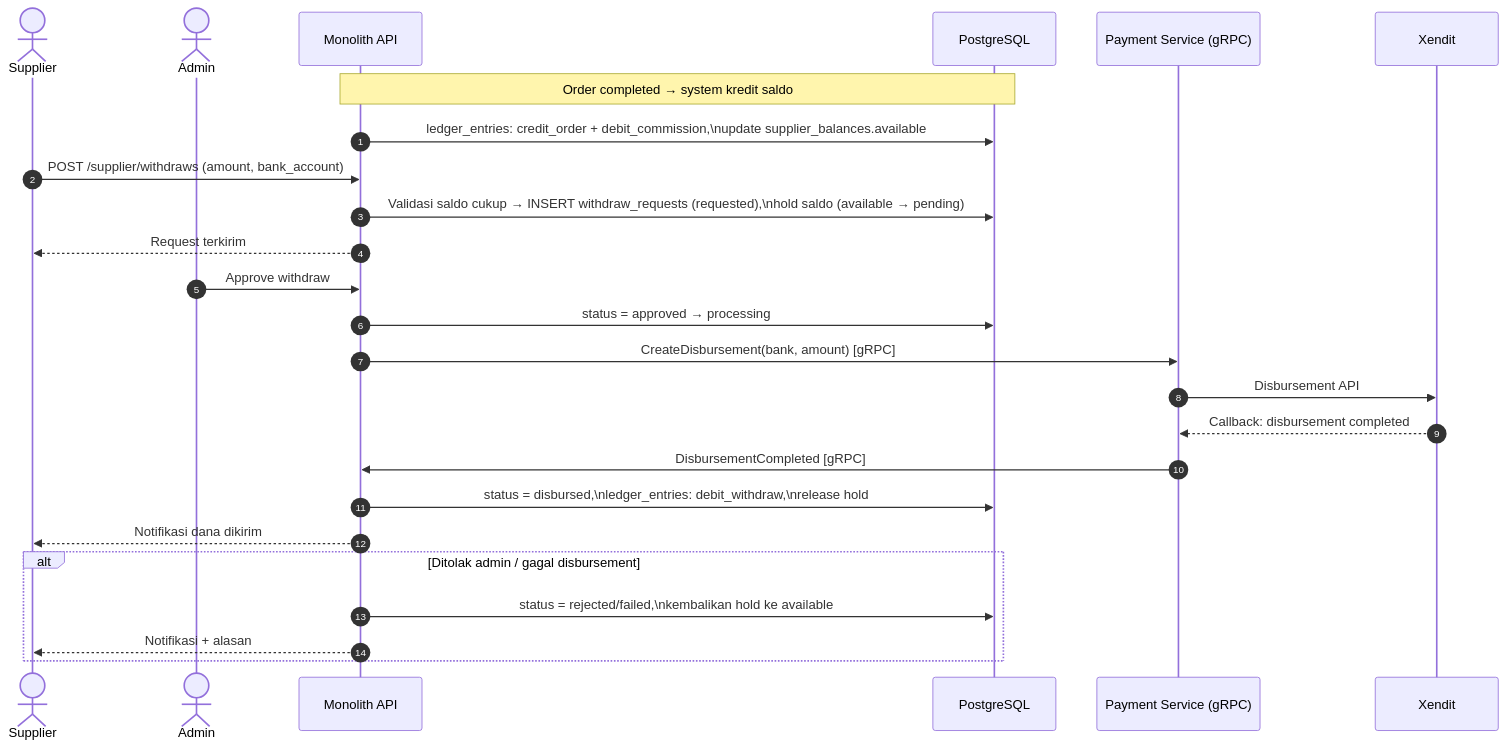
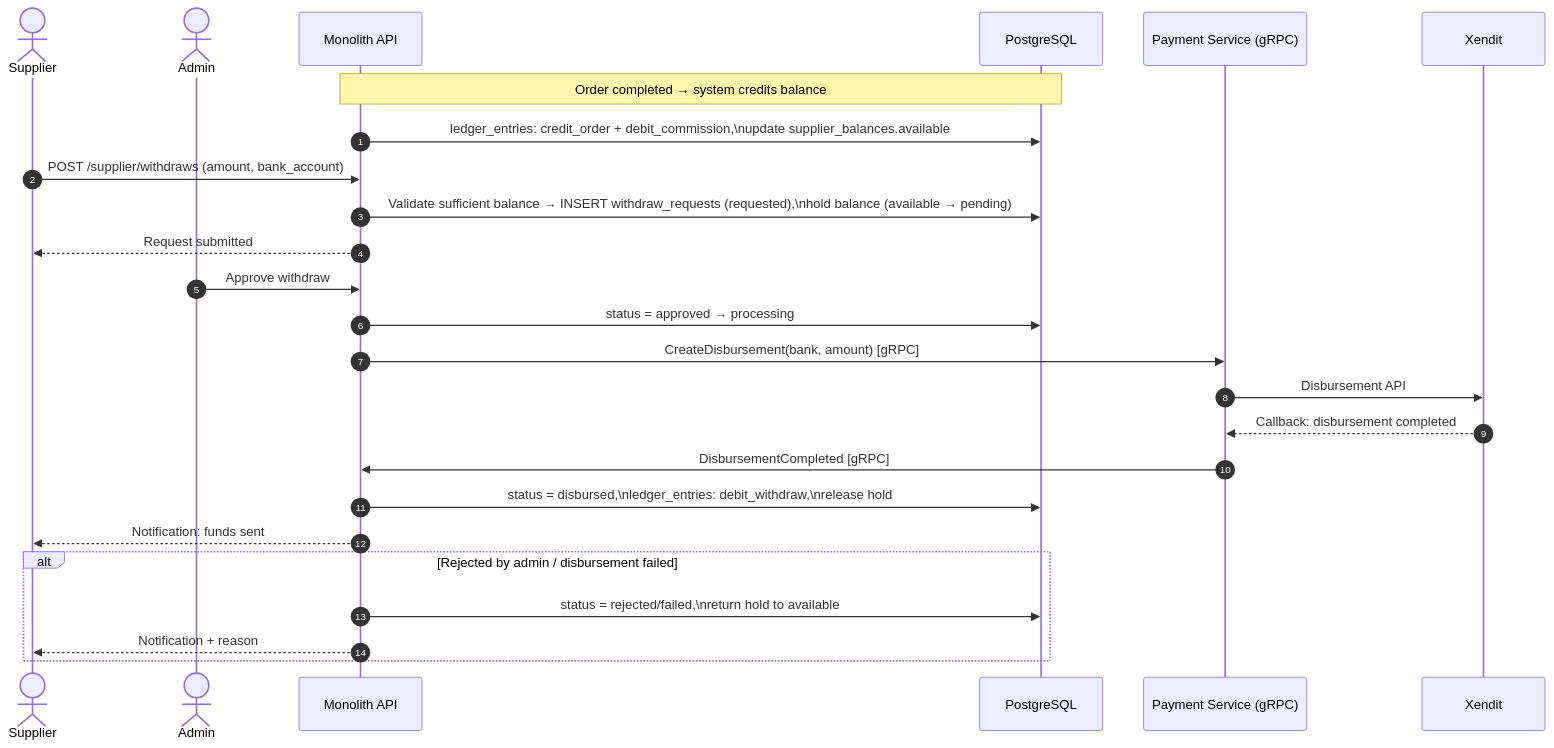
One commit to erdinhrmwn/bangunin-project changed the ninth of 10 diagrams in docs/erd.md. Above: the diagram before and after it, drawn with Mermaid. The commit also changed other lines of this file and 6 other files, not shown here.

````diff
--- a/docs/erd.md
+++ b/docs/erd.md
@@ -485,31 +485,31 @@
 ```mermaid
 sequenceDiagram
     autonumber
     actor S as Supplier
     actor AD as Admin
     participant API as Monolith API
     participant DB as PostgreSQL
     participant PS as Payment Service (gRPC)
     participant XD as Xendit
 
-    Note over API,DB: Order completed → system kredit saldo
+    Note over API,DB: Order completed → system credits balance
     API->>DB: ledger_entries: credit_order + debit_commission,\nupdate supplier_balances.available
 
     S->>API: POST /supplier/withdraws (amount, bank_account)
-    API->>DB: Validasi saldo cukup → INSERT withdraw_requests (requested),\nhold saldo (available → pending)
-    API-->>S: Request terkirim
+    API->>DB: Validate sufficient balance → INSERT withdraw_requests (requested),\nhold balance (available → pending)
+    API-->>S: Request submitted
 
     AD->>API: Approve withdraw
     API->>DB: status = approved → processing
     API->>PS: CreateDisbursement(bank, amount) [gRPC]
     PS->>XD: Disbursement API
     XD-->>PS: Callback: disbursement completed
     PS->>API: DisbursementCompleted [gRPC]
     API->>DB: status = disbursed,\nledger_entries: debit_withdraw,\nrelease hold
-    API-->>S: Notifikasi dana dikirim
+    API-->>S: Notification: funds sent
 
-    alt Ditolak admin / gagal disbursement
-        API->>DB: status = rejected/failed,\nkembalikan hold ke available
-        API-->>S: Notifikasi + alasan
+    alt Rejected by admin / disbursement failed
+        API->>DB: status = rejected/failed,\nreturn hold to available
+        API-->>S: Notification + reason
     end
 ```
````
